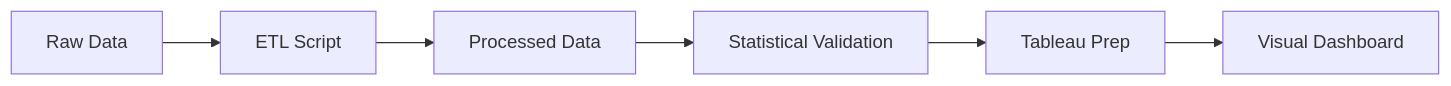
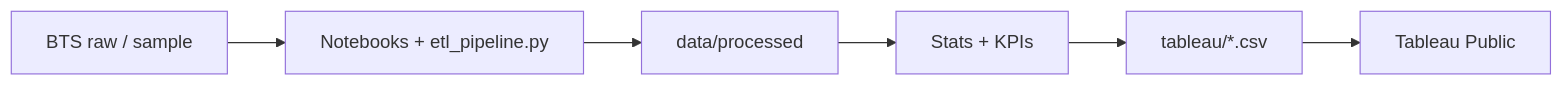
Before and after one commit to Yash990-bit/SectionD_G19_FlightOps-Dashboard: the diagram in README.md, drawn with Mermaid. The commit also changed other lines of this file, not shown here.

````diff
--- a/README.md
+++ b/README.md
@@ -15,8 +170,8 @@
 ```mermaid
 graph LR
-    A[Raw Data] --> B[ETL Script]
-    B --> C[Processed Data]
-    C --> D[Statistical Validation]
-    D --> E[Tableau Prep]
-    E --> F[Visual Dashboard]
+    A[BTS raw / sample] --> B[Notebooks + etl_pipeline.py]
+    B --> C[data/processed]
+    C --> D[Stats + KPIs]
+    D --> E[tableau/*.csv]
+    E --> F[Tableau Public]
 ```
````
